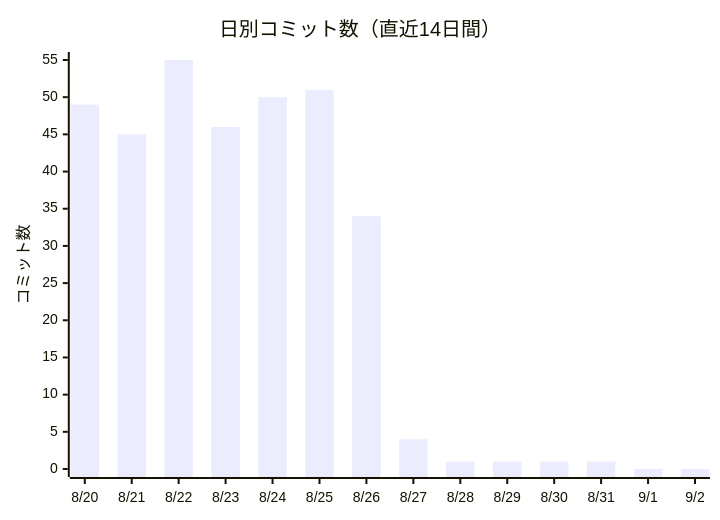
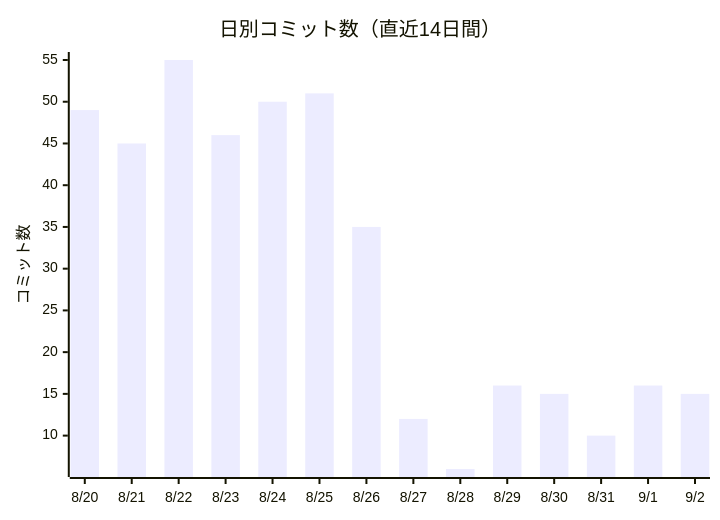
One commit to non-x2/non-x2 changed the first of 2 diagrams in docs/進化レポート.md. Above: the diagram before and after it, drawn with Mermaid. The commit also changed other lines of this file and 2 other files, not shown here.

````diff
--- a/docs/進化レポート.md
+++ b/docs/進化レポート.md
@@ -23,7 +23,7 @@
 ```mermaid
 xychart-beta
     title "日別コミット数（直近14日間）"
     x-axis ["8/20", "8/21", "8/22", "8/23", "8/24", "8/25", "8/26", "8/27", "8/28", "8/29", "8/30", "8/31", "9/1", "9/2"]
     y-axis "コミット数"
-    bar [49, 45, 55, 46, 50, 51, 34, 4, 1, 1, 1, 1, 0, 0]
+    bar [49, 45, 55, 46, 50, 51, 35, 12, 6, 16, 15, 10, 16, 15]
 ```
````
